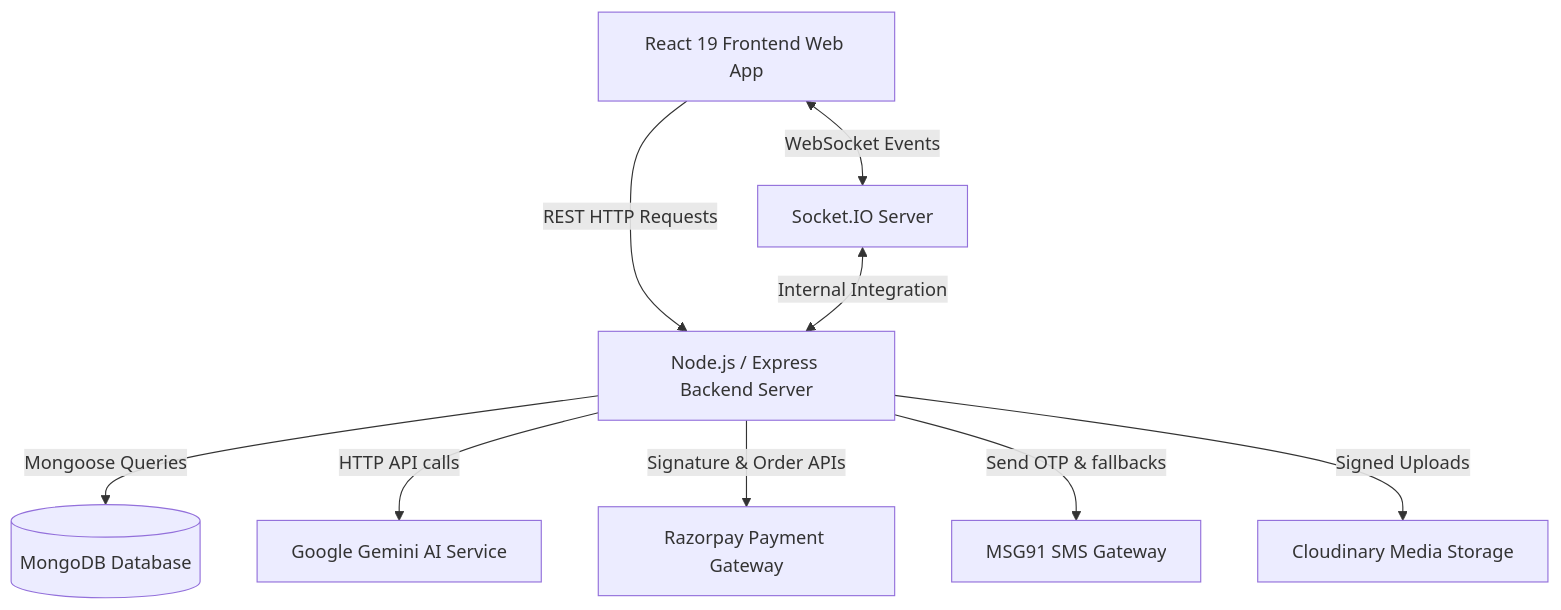
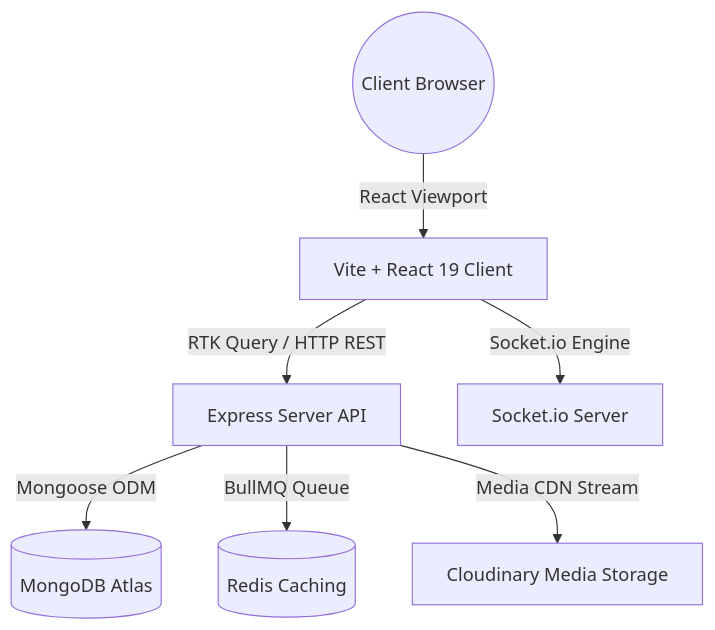
Before and after one commit to RDSSERVICE/BIZREELS: the diagram in docs/ARCHITECTURE.md, drawn with Mermaid. The commit also changed other lines of this file, not shown here.

````diff
--- a/docs/ARCHITECTURE.md
+++ b/docs/ARCHITECTURE.md
@@ -7,21 +11,9 @@
 ```mermaid
 graph TD
-    Client[React 19 Frontend Web App]
-    Server[Node.js / Express Backend Server]
-    DB[(MongoDB Database)]
-    SocketIO[Socket.IO Server]
-    Gemini[Google Gemini AI Service]
-    Razorpay[Razorpay Payment Gateway]
-    MSG91[MSG91 SMS Gateway]
-    Cloudinary[Cloudinary Media Storage]
-
-    %% Interactions
-    Client -->|REST HTTP Requests| Server
-    Client <-->|WebSocket Events| SocketIO
-    SocketIO <-->|Internal Integration| Server
-    Server -->|Mongoose Queries| DB
-    Server -->|HTTP API calls| Gemini
-    Server -->|Signature & Order APIs| Razorpay
-    Server -->|Send OTP & fallbacks| MSG91
-    Server -->|Signed Uploads| Cloudinary
+  User((Client Browser)) -->|React Viewport| Frontend[Vite + React 19 Client]
+  Frontend -->|RTK Query / HTTP REST| Express[Express Server API]
+  Frontend -->|Socket.io Engine| SocketServer[Socket.io Server]
+  Express -->|Mongoose ODM| MongoDB[(MongoDB Atlas)]
+  Express -->|BullMQ Queue| Redis[(Redis Caching)]
+  Express -->|Media CDN Stream| Cloudinary[Cloudinary Media Storage]
 ```
````
